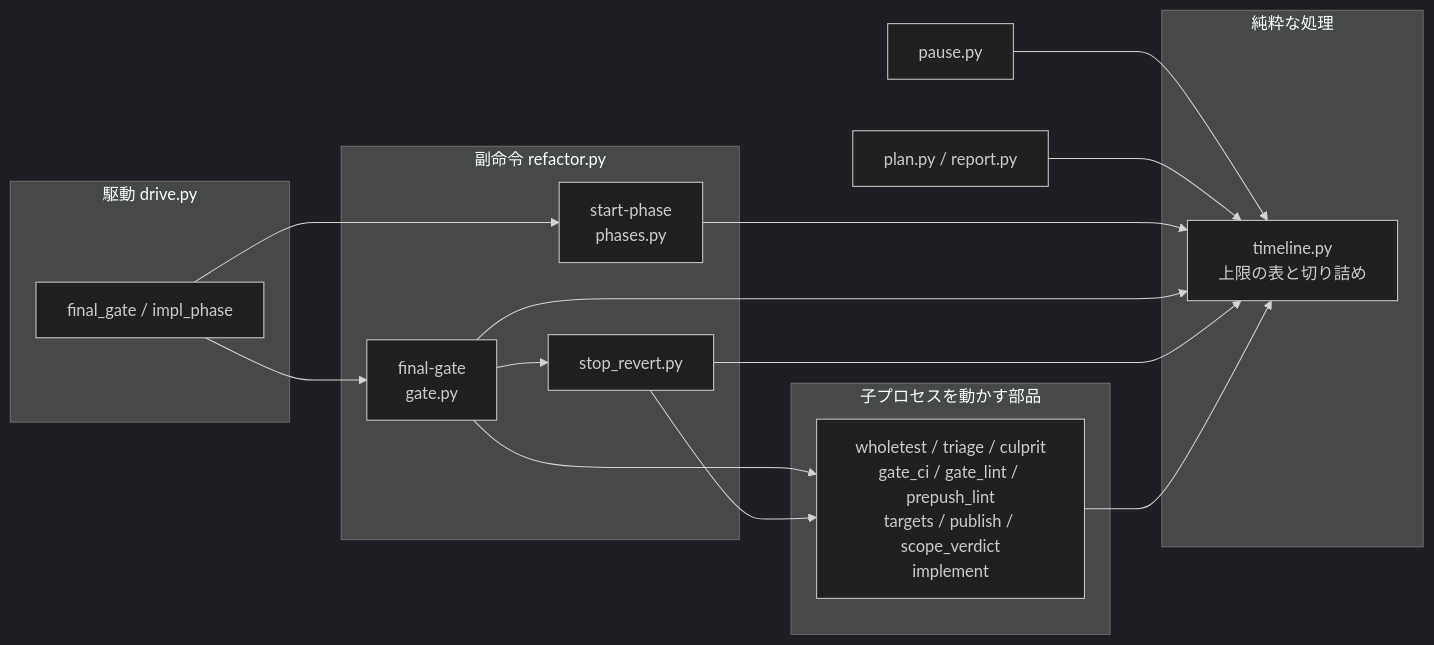
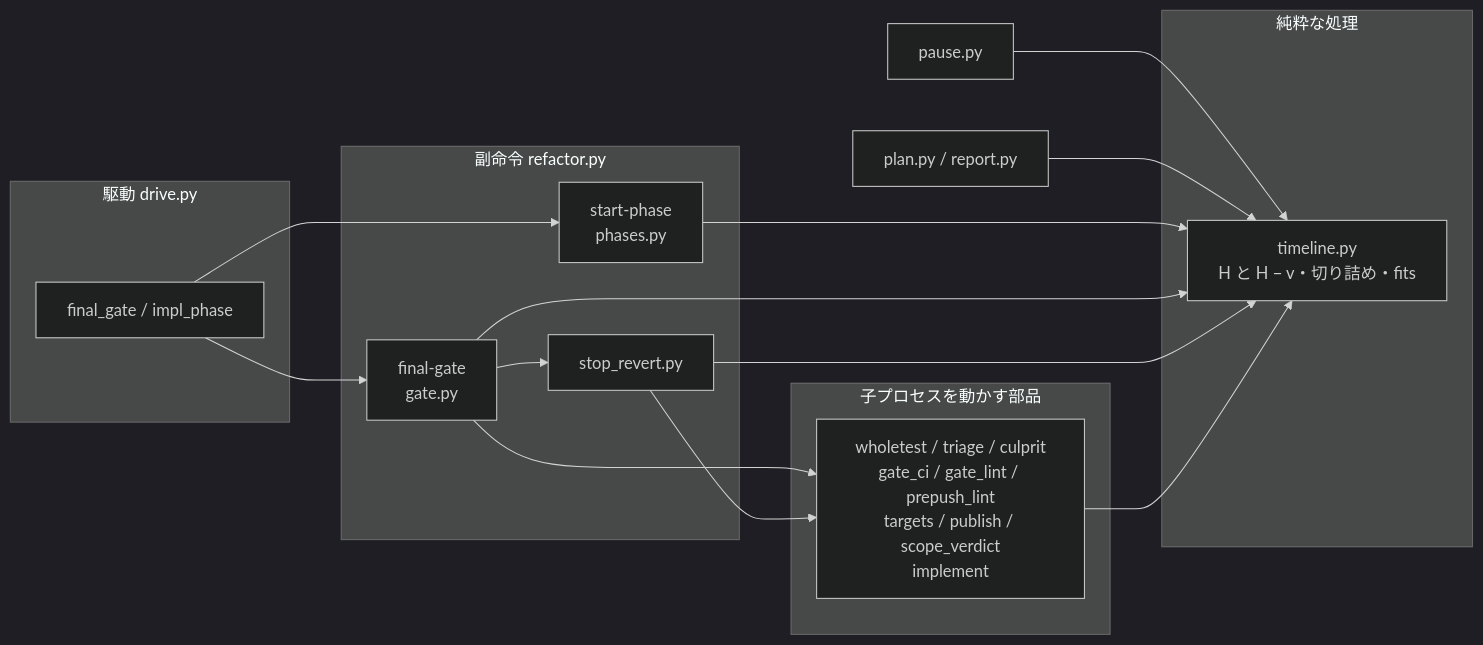
The first of 2 diagrams in issues/issue-1932-design.md (devbasex/ai-plugins), drawn with Mermaid (dark theme) before and after one commit. The commit also changed other lines of this file and 3 other files, not shown here.

````diff
--- a/issues/issue-1932-design.md
+++ b/issues/issue-1932-design.md
@@ -111,28 +134,28 @@
 ```mermaid
 graph LR
   subgraph drive[駆動 drive.py]
     D[final_gate / impl_phase]
   end
   subgraph cmds[副命令 refactor.py]
     PH[start-phase<br/>phases.py]
     GT[final-gate<br/>gate.py]
     SR[stop_revert.py]
   end
   subgraph pure[純粋な処理]
-    TL[timeline.py<br/>上限の表と切り詰め]
+    TL[timeline.py<br/>H と H − v・切り詰め・fits]
   end
   subgraph runners[子プロセスを動かす部品]
     RN[wholetest / triage / culprit<br/>gate_ci / gate_lint / prepush_lint<br/>targets / publish / scope_verdict<br/>implement]
   end
   PS[pause.py] --> TL
   PL[plan.py / report.py] --> TL
   D --> PH
   D --> GT
   GT --> SR
   PH --> TL
   GT --> TL
   SR --> TL
   RN --> TL
   GT --> RN
   SR --> RN
 ```
````
